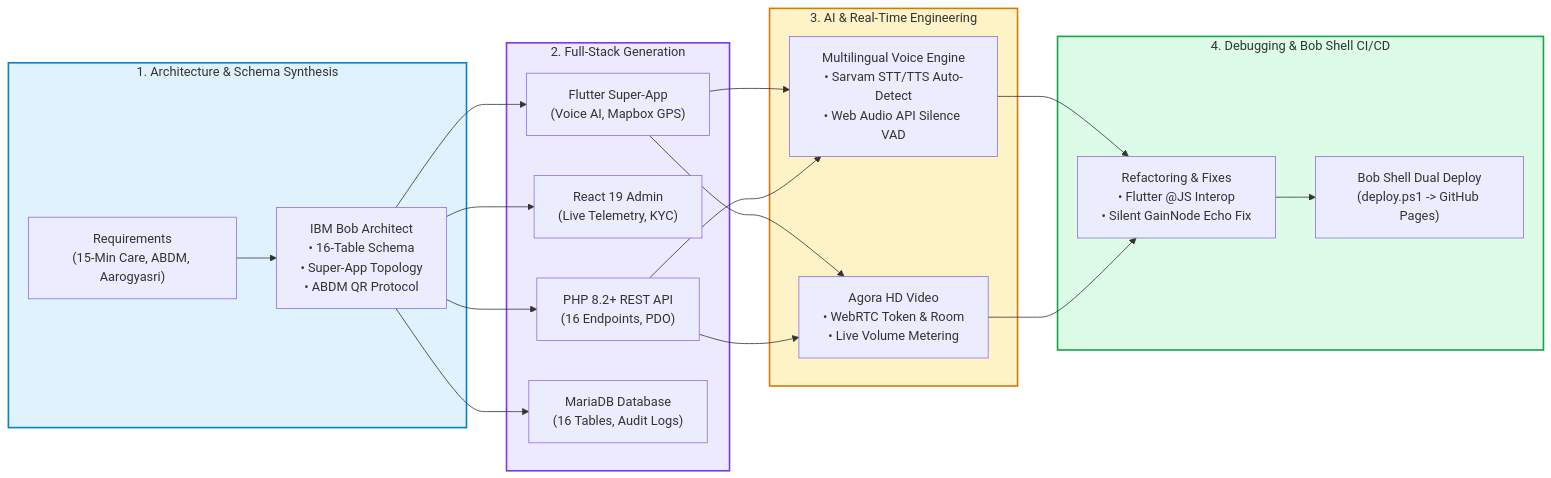
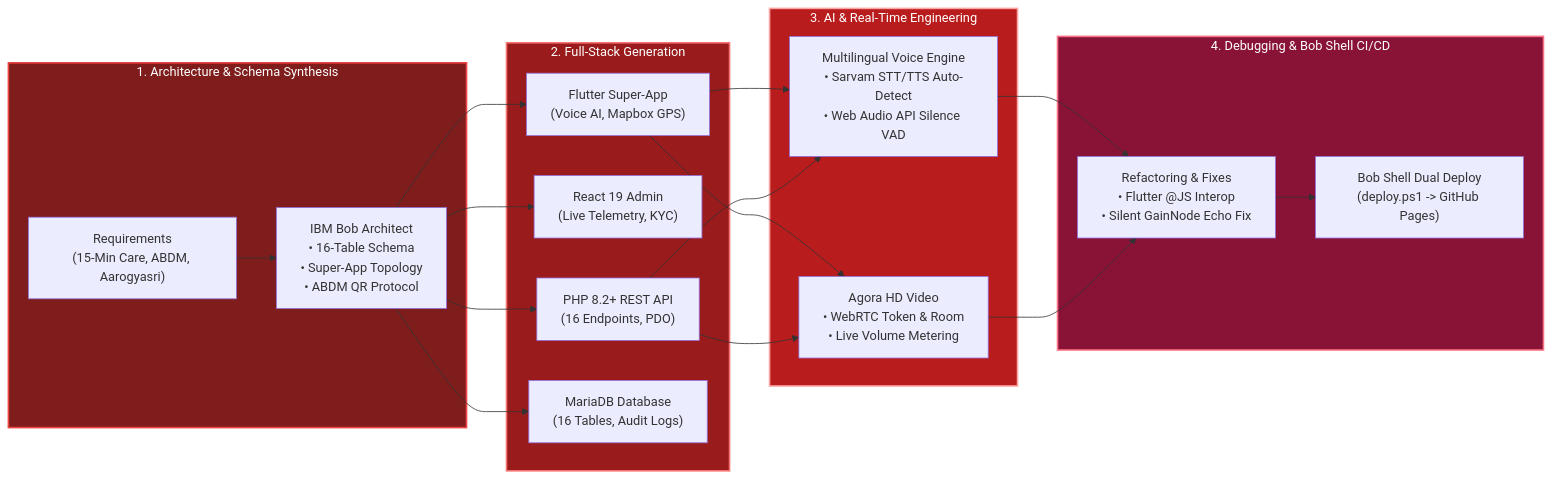
The first of 17 diagrams in README.md (pavanstarkin-tech/sanjeevani-ai), drawn with Mermaid before and after one commit. The commit also changed other lines of this file and 3 other files, not shown here.

Commit message:
fix(docs): resolve Mermaid parse errors and use high-contrast red boxes with white text

````diff
--- a/README.md
+++ b/README.md
@@ -163,31 +163,31 @@
 ```mermaid
 flowchart LR
     subgraph BobArchitecture["1. Architecture & Schema Synthesis"]
         Spec["Requirements<br/>(15-Min Care, ABDM, Aarogyasri)"] --> BobArch["IBM Bob Architect<br/>• 16-Table Schema<br/>• Super-App Topology<br/>• ABDM QR Protocol"]
     end
 
     subgraph BobCodeGen["2. Full-Stack Generation"]
         BobFlutter["Flutter Super-App<br/>(Voice AI, Mapbox GPS)"]
         BobReact["React 19 Admin<br/>(Live Telemetry, KYC)"]
         BobPHP["PHP 8.2+ REST API<br/>(16 Endpoints, PDO)"]
         BobSQL["MariaDB Database<br/>(16 Tables, Audit Logs)"]
     end
 
     subgraph BobAIIntegration["3. AI & Real-Time Engineering"]
         BobVoice["Multilingual Voice Engine<br/>• Sarvam STT/TTS Auto-Detect<br/>• Web Audio API Silence VAD"]
         BobWebRTC["Agora HD Video<br/>• WebRTC Token & Room<br/>• Live Volume Metering"]
     end
 
     subgraph BobQA["4. Debugging & Bob Shell CI/CD"]
         BobFix["Refactoring & Fixes<br/>• Flutter @JS Interop<br/>• Silent GainNode Echo Fix"] --> BobDeploy["Bob Shell Dual Deploy<br/>(deploy.ps1 -> GitHub Pages)"]
     end
 
     BobArch --> BobFlutter & BobReact & BobPHP & BobSQL
     BobFlutter & BobPHP --> BobVoice & BobWebRTC
     BobVoice & BobWebRTC --> BobFix
 
-    style BobArchitecture fill:#E0F2FE,stroke:#0284C7,stroke-width:2px
-    style BobCodeGen fill:#EDE9FE,stroke:#7C3AED,stroke-width:2px
-    style BobAIIntegration fill:#FEF3C7,stroke:#D97706,stroke-width:2px
-    style BobQA fill:#DCFCE7,stroke:#16A34A,stroke-width:2px
+    style BobArchitecture fill:#7F1D1D,color:#FFFFFF,stroke:#EF4444,stroke-width:2px
+    style BobCodeGen fill:#991B1B,color:#FFFFFF,stroke:#F87171,stroke-width:2px
+    style BobAIIntegration fill:#B91C1C,color:#FFFFFF,stroke:#FCA5A5,stroke-width:2px
+    style BobQA fill:#881337,color:#FFFFFF,stroke:#FB7185,stroke-width:2px
 ```
````
